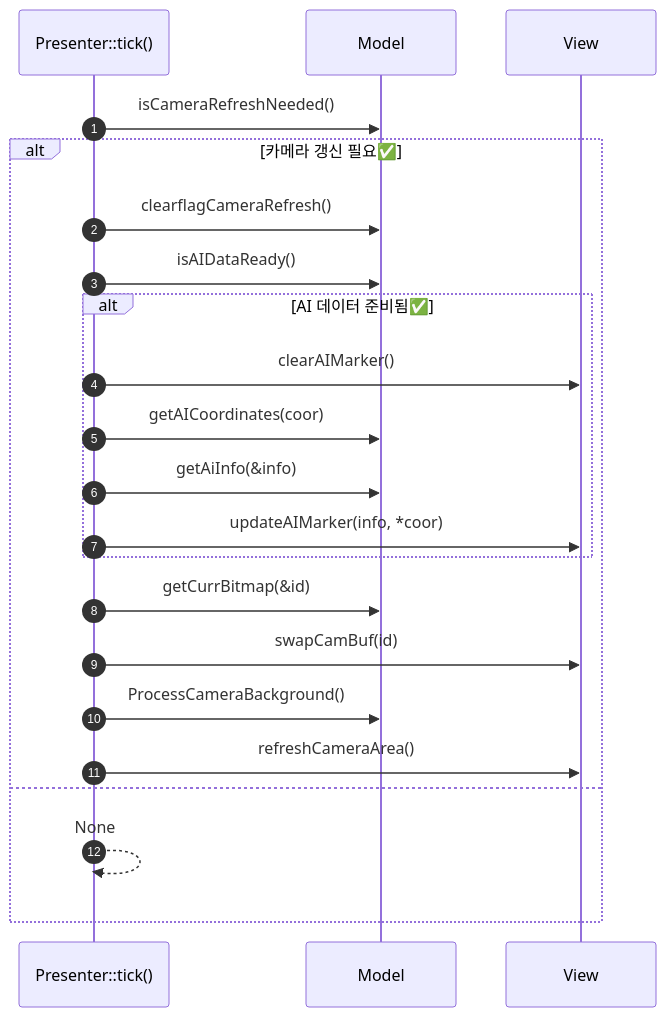
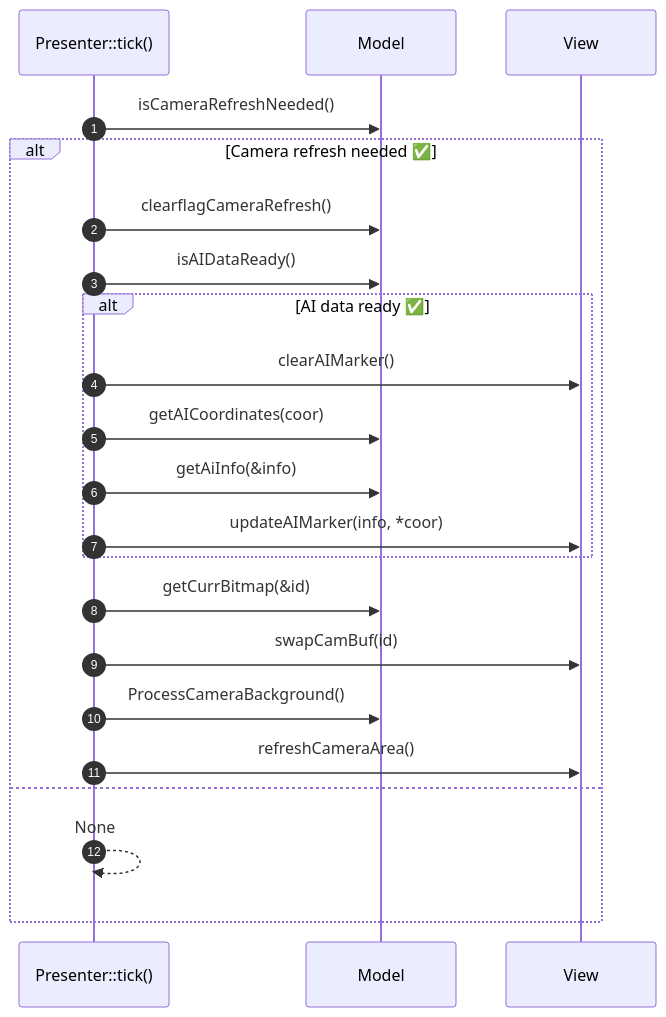
The third of 4 diagrams in README.md (Han-Sang-min/STM32N6_AI), drawn with Mermaid before and after one commit. The commit also changed other lines of this file, not shown here.

````diff
--- a/README.md
+++ b/README.md
@@ -128,27 +126,27 @@
 ```mermaid
 sequenceDiagram
     autonumber
     participant tickFunc as Presenter::tick()
     participant model as Model
     participant view as View
 
     tickFunc->>model: isCameraRefreshNeeded()
-    alt 카메라 갱신 필요✅
+    alt Camera refresh needed ✅
         tickFunc->>model: clearflagCameraRefresh()
         tickFunc->>model: isAIDataReady()
-        alt AI 데이터 준비됨✅
+        alt AI data ready ✅
             tickFunc->>view: clearAIMarker()
             tickFunc->>model: getAICoordinates(coor)
             tickFunc->>model: getAiInfo(&info)
             tickFunc->>view: updateAIMarker(info, *coor)
         end
         tickFunc->>model: getCurrBitmap(&id)
         tickFunc->>view: swapCamBuf(id)
 
         tickFunc->>model: ProcessCameraBackground()
         tickFunc->>view: refreshCameraArea()
     else
         tickFunc-->>tickFunc: None
     end
 
 ```
````
